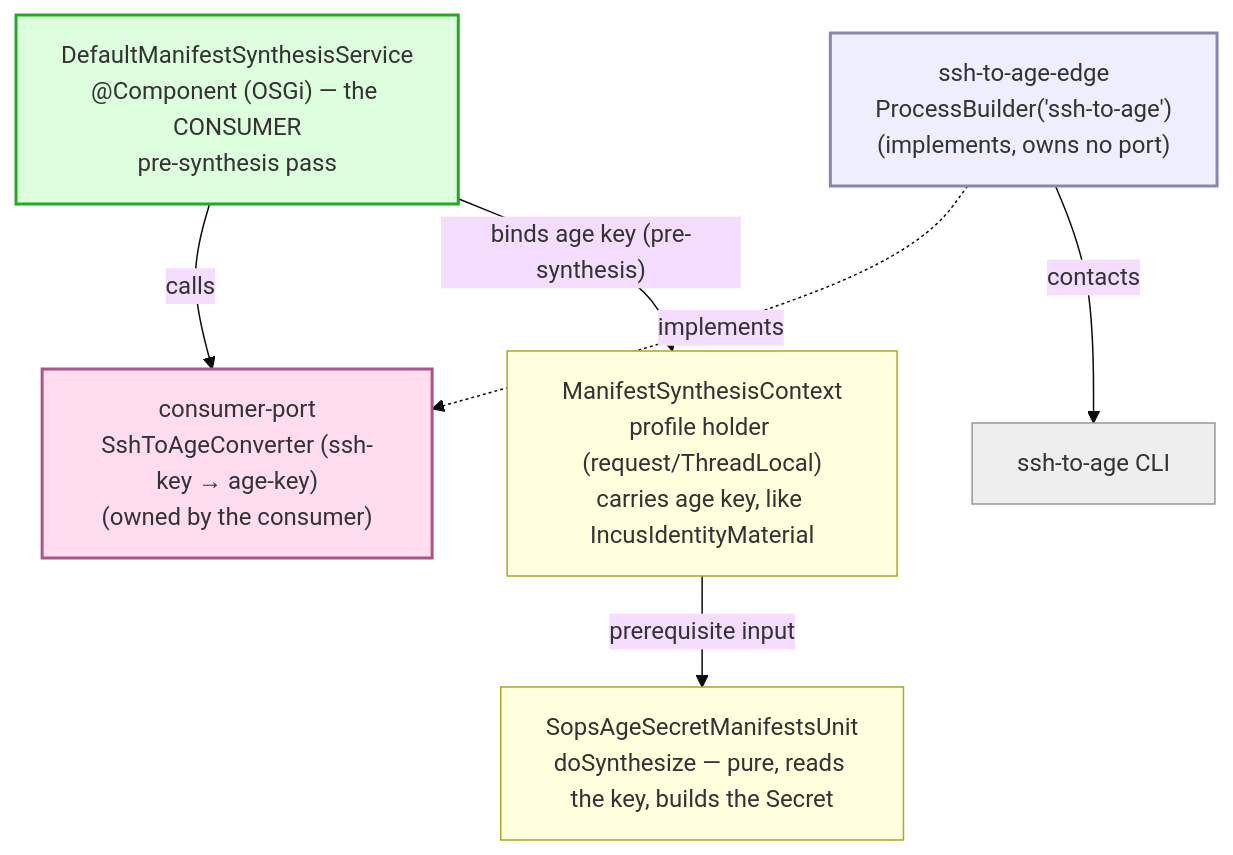
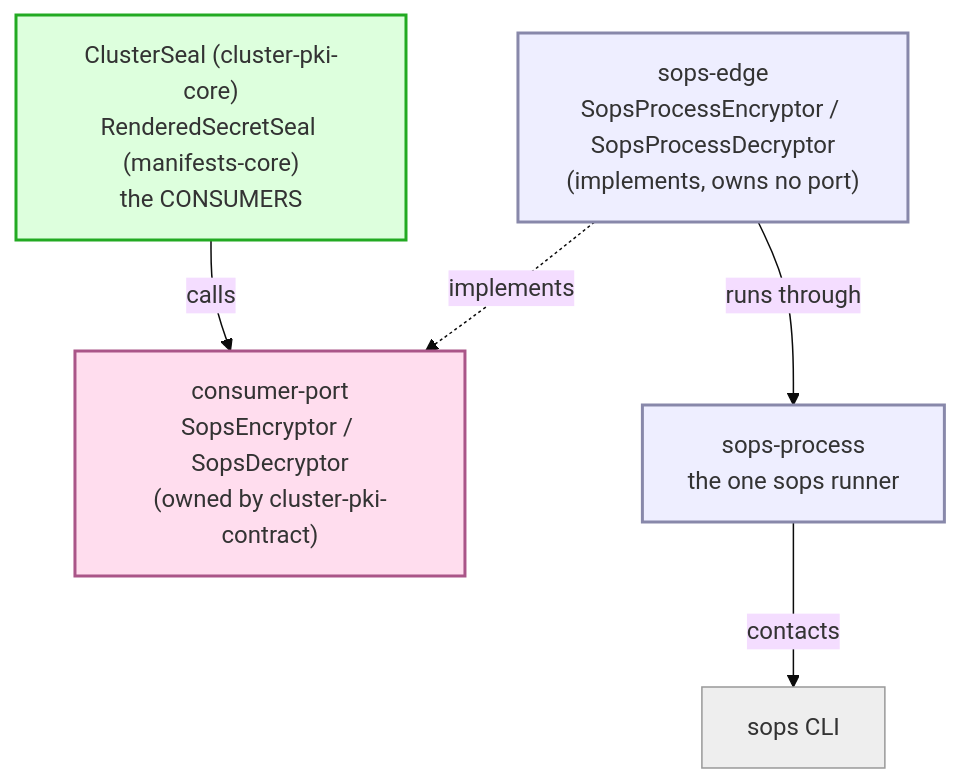
The seventh of 8 diagrams in docs/architecture/patterns/port-edge-domain-ownership.adoc (seedmatic/rke2lab), drawn with Mermaid (base theme) before and after one commit. The commit also changed other lines of this file and 62 other files, not shown here.

```diff
--- a/docs/architecture/patterns/port-edge-domain-ownership.adoc
+++ b/docs/architecture/patterns/port-edge-domain-ownership.adoc
@@ -616,25 +614,21 @@
 [mermaid]
 ....
 flowchart TB
-  svc["DefaultManifestSynthesisService<br/>@Component (OSGi) — the CONSUMER<br/>pre-synthesis pass"]
-  cport["consumer-port<br/>SshToAgeConverter (ssh-key → age-key)<br/>(owned by the consumer)"]
-  sedge["ssh-to-age-edge<br/>ProcessBuilder('ssh-to-age')<br/>(implements, owns no port)"]
-  tool["ssh-to-age CLI"]
-  ctx["ManifestSynthesisContext<br/>profile holder (request/ThreadLocal)<br/>carries age key, like IncusIdentityMaterial"]
-  unit["SopsAgeSecretManifestsUnit<br/>doSynthesize — pure, reads the key, builds the Secret"]
-  svc -->|"calls"| cport
+  seal["ClusterSeal (cluster-pki-core)<br/>RenderedSecretSeal (manifests-core)<br/>the CONSUMERS"]
+  cport["consumer-port<br/>SopsEncryptor / SopsDecryptor<br/>(owned by cluster-pki-contract)"]
+  sedge["sops-edge<br/>SopsProcessEncryptor / SopsProcessDecryptor<br/>(implements, owns no port)"]
+  proc["sops-process<br/>the one sops runner"]
+  tool["sops CLI"]
+  seal -->|"calls"| cport
   sedge -.->|"implements"| cport
-  sedge -->|"contacts"| tool
-  svc -->|"binds age key (pre-synthesis)"| ctx
-  ctx -->|"prerequisite input"| unit
+  sedge -->|"runs through"| proc
+  proc -->|"contacts"| tool
   classDef d fill:#dfd,stroke:#2a2,stroke-width:2px;
   classDef p fill:#fde,stroke:#a58,stroke-width:2px;
   classDef e fill:#eef,stroke:#88a,stroke-width:2px;
   classDef w fill:#eee,stroke:#999,stroke-width:1px;
-  classDef x fill:#ffd,stroke:#aa2,stroke-width:1px;
-  class svc d;
+  class seal d;
   class cport p;
-  class sedge e;
+  class sedge,proc e;
   class tool w;
-  class ctx,unit x;
 ....
```
